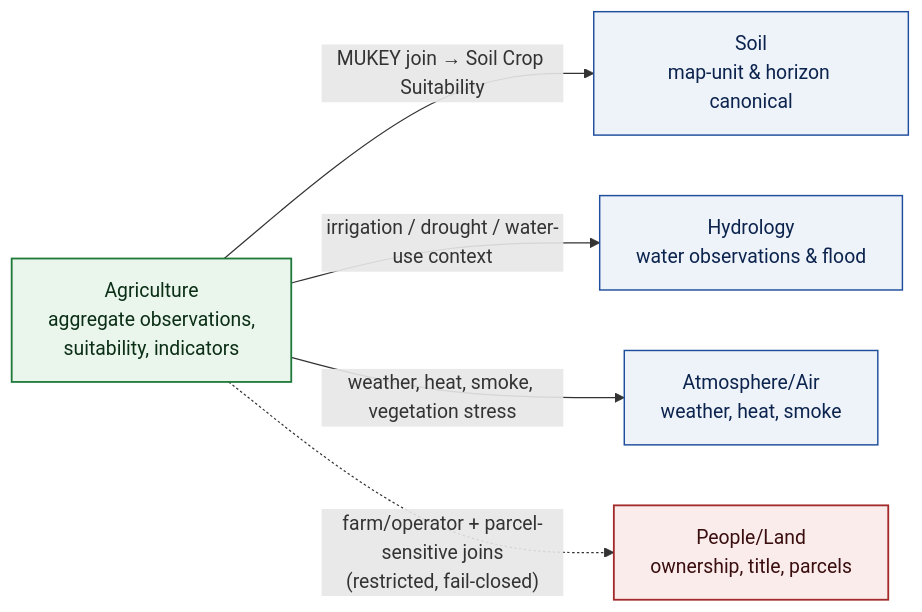
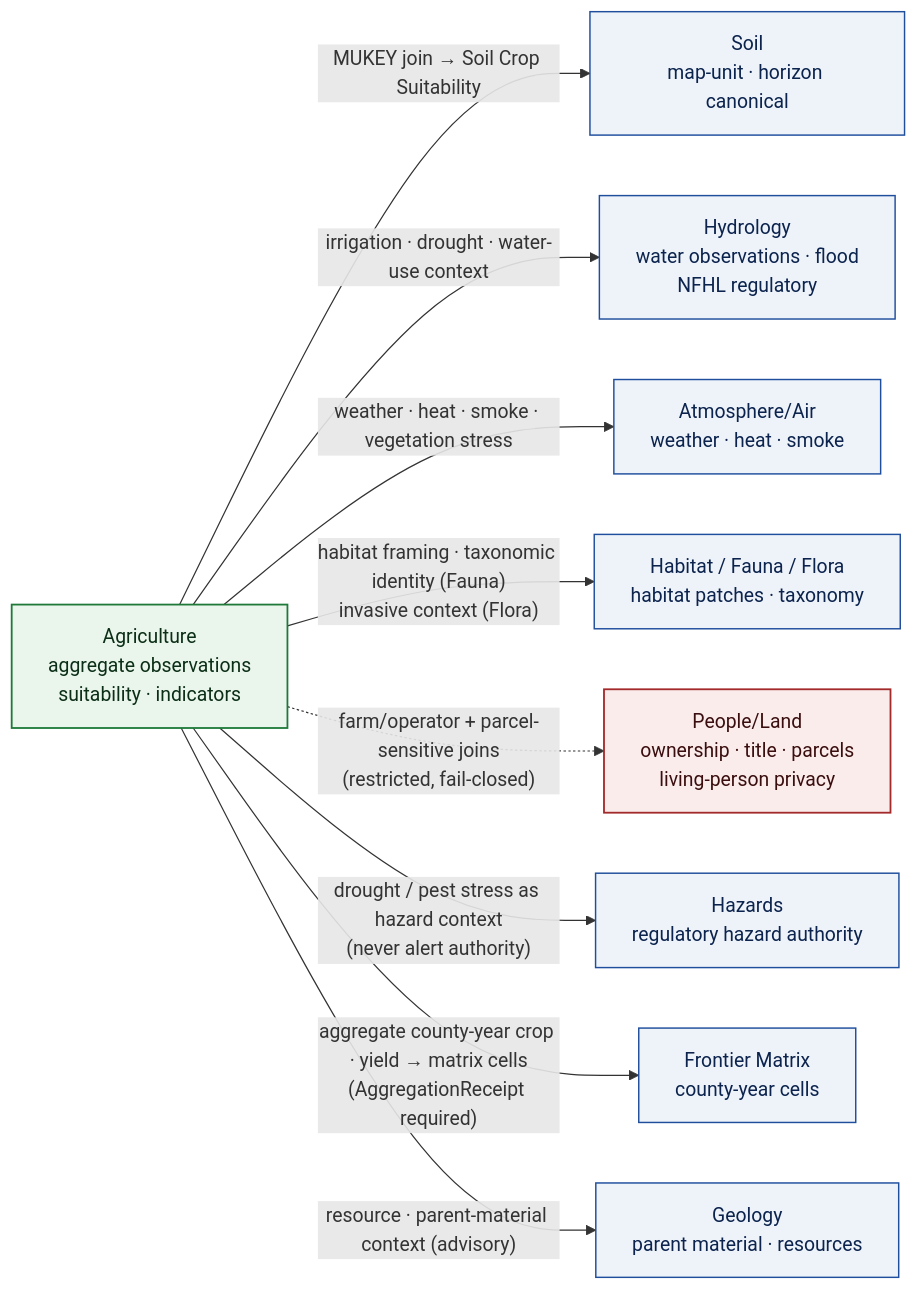
Before and after one commit to bartytime4life/Kansas-Frontier-Matrix: the first of 2 diagrams in docs/domains/agriculture/CONTINUITY_INVENTORY.md, drawn with Mermaid. The commit also changed other lines of this file, not shown here.

````diff
--- a/docs/domains/agriculture/CONTINUITY_INVENTORY.md
+++ b/docs/domains/agriculture/CONTINUITY_INVENTORY.md
@@ -273,17 +372,25 @@
 ```mermaid
 flowchart LR
-    AG[Agriculture<br/>aggregate observations,<br/>suitability, indicators]:::ag
-    SOIL[Soil<br/>map-unit & horizon canonical]:::ctx
-    HYD[Hydrology<br/>water observations & flood]:::ctx
-    ATM[Atmosphere/Air<br/>weather, heat, smoke]:::ctx
-    PPL[People/Land<br/>ownership, title, parcels]:::sens
+    AG[Agriculture<br/>aggregate observations<br/>suitability · indicators]:::ag
+    SOIL[Soil<br/>map-unit · horizon canonical]:::ctx
+    HYD[Hydrology<br/>water observations · flood<br/>NFHL regulatory]:::ctx
+    ATM[Atmosphere/Air<br/>weather · heat · smoke]:::ctx
+    HAB[Habitat / Fauna / Flora<br/>habitat patches · taxonomy]:::ctx
+    PPL[People/Land<br/>ownership · title · parcels<br/>living-person privacy]:::sens
+    HAZ[Hazards<br/>regulatory hazard authority]:::ctx
+    MX[Frontier Matrix<br/>county-year cells]:::ctx
+    GEO[Geology<br/>parent material · resources]:::ctx
 
     AG -- "MUKEY join → Soil Crop Suitability" --> SOIL
-    AG -- "irrigation / drought / water-use context" --> HYD
-    AG -- "weather, heat, smoke, vegetation stress" --> ATM
+    AG -- "irrigation · drought · water-use context" --> HYD
+    AG -- "weather · heat · smoke · vegetation stress" --> ATM
+    AG -- "habitat framing · taxonomic identity (Fauna)<br/>invasive context (Flora)" --> HAB
     AG -. "farm/operator + parcel-sensitive joins<br/>(restricted, fail-closed)" .-> PPL
+    AG -- "drought / pest stress as hazard context<br/>(never alert authority)" --> HAZ
+    AG -- "aggregate county-year crop · yield → matrix cells<br/>(AggregationReceipt required)" --> MX
+    AG -- "resource · parent-material context (advisory)" --> GEO
 
     classDef ag fill:#eaf6ec,stroke:#1f7a3a,stroke-width:1.5px,color:#0b2e16;
     classDef ctx fill:#eef3fa,stroke:#1f4e9d,stroke-width:1.2px,color:#0b234d;
     classDef sens fill:#fbecec,stroke:#a32a2a,stroke-width:1.5px,color:#3a0e0e;
 ```
````
